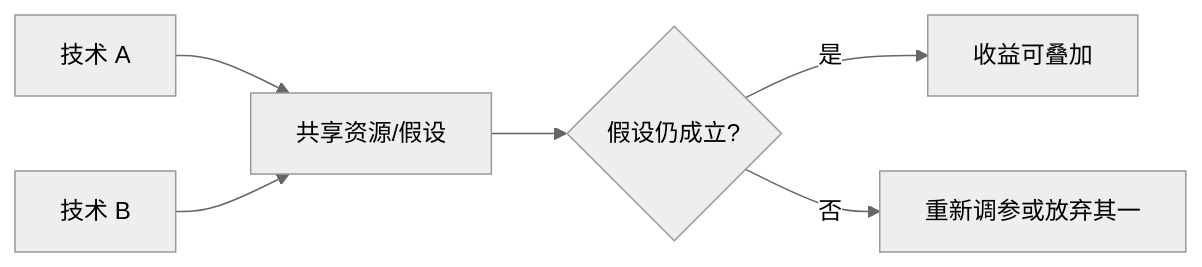
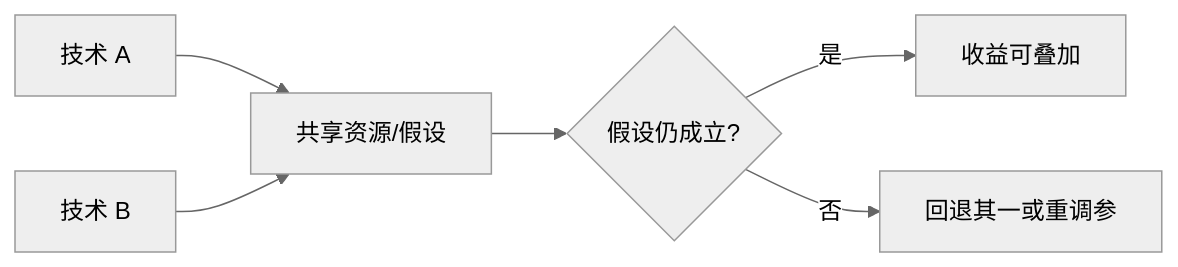
The diagram in docs/guides/模块四-推理优化/第11章-推理优化选型与端到端实战/11.2-优化组合注意事项.md (tqm6666/AIInfraGuide), drawn with Mermaid (neutral theme) before and after one commit. The commit also changed other lines of this file and 4 other files, not shown here.

````diff
--- a/docs/guides/模块四-推理优化/第11章-推理优化选型与端到端实战/11.2-优化组合注意事项.md
+++ b/docs/guides/模块四-推理优化/第11章-推理优化选型与端到端实战/11.2-优化组合注意事项.md
@@ -75,8 +88,8 @@
 ```mermaid
 flowchart LR
     A["技术 A"] --> C["共享资源/假设"]
     B["技术 B"] --> C
     C --> D{"假设仍成立?"}
     D -->|是| E["收益可叠加"]
-    D -->|否| F["重新调参或放弃其一"]
+    D -->|否| F["回退其一或重调参"]
 ```
````
